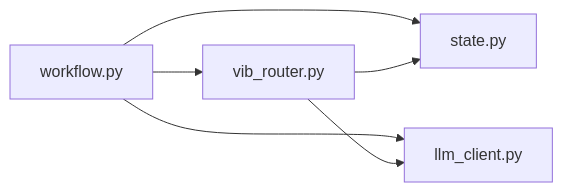
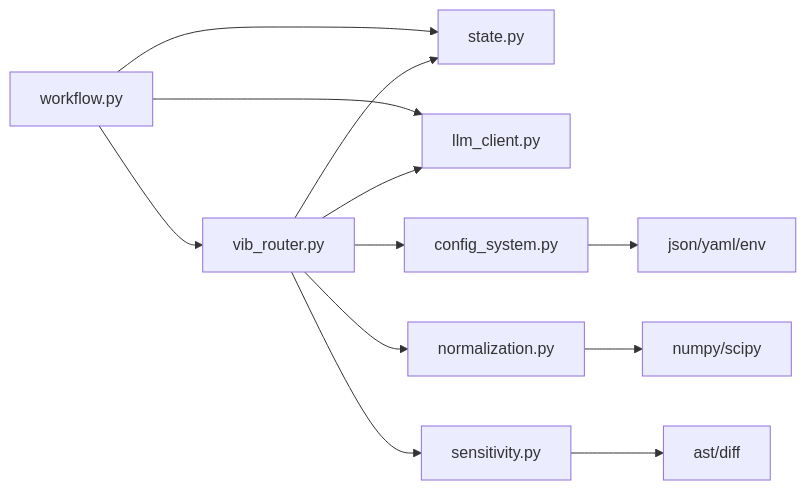
The fifth of 5 diagrams in .qoder/repowiki/zh/content/核心架构/实验框架/实验框架.md (QuStarry/VIB-SparseCommunication), drawn with Mermaid before and after one commit. The commit also changed other lines of this file and 31 other files, not shown here.

````diff
--- a/.qoder/repowiki/zh/content/核心架构/实验框架/实验框架.md
+++ b/.qoder/repowiki/zh/content/核心架构/实验框架/实验框架.md
@@ -296,8 +387,14 @@
 ```mermaid
 graph LR
 A["workflow.py"] --> B["vib_router.py"]
 A --> C["state.py"]
 A --> D["llm_client.py"]
 B --> C
 B --> D
+B --> E["config_system.py"]
+B --> F["normalization.py"]
+B --> G["sensitivity.py"]
+E --> H["json/yaml/env"]
+F --> I["numpy/scipy"]
+G --> J["ast/diff"]
 ```
````
